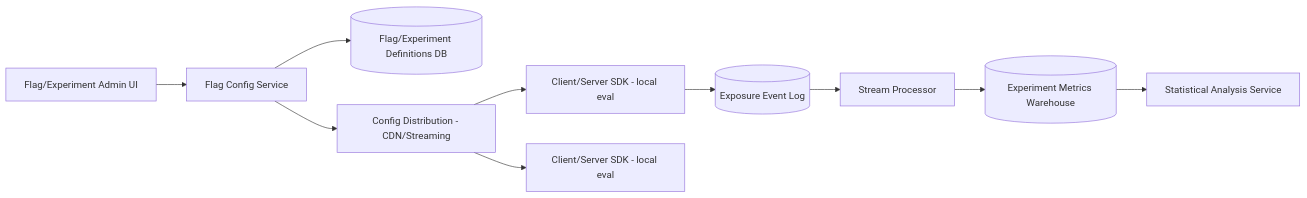
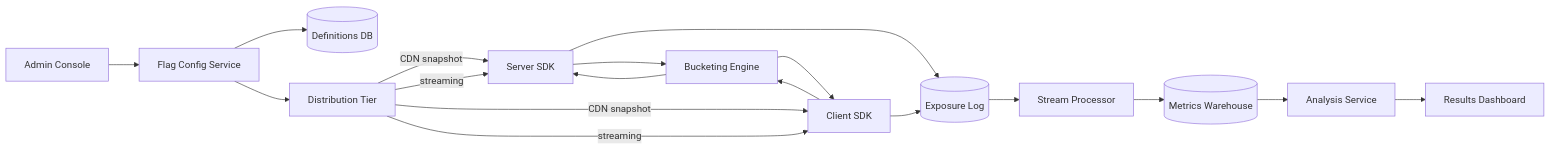
One commit to abhishekghoshh/system-design-helper changed the first of 20 diagrams in docs/system-design/high-level/designing/advanced/feature-flag-experimentation-platform.md. Above: the diagram before and after it, drawn with Mermaid. The commit also changed other lines of this file and 107 other files, not shown here.

````diff
--- a/docs/system-design/high-level/designing/advanced/feature-flag-experimentation-platform.md
+++ b/docs/system-design/high-level/designing/advanced/feature-flag-experimentation-platform.md
@@ -68,12 +70,20 @@
 ```mermaid
 flowchart LR
-    Admin[Flag/Experiment Admin UI] --> ConfigService[Flag Config Service]
-    ConfigService --> ConfigStore[(Flag/Experiment Definitions DB)]
-    ConfigService --> Distribution[Config Distribution - CDN/Streaming]
-    Distribution --> SDK1[Client/Server SDK - local eval]
-    Distribution --> SDK2[Client/Server SDK - local eval]
-    SDK1 --> ExposureLog[(Exposure Event Log)]
-    ExposureLog --> StreamProcessor[Stream Processor]
-    StreamProcessor --> MetricsWarehouse[(Experiment Metrics Warehouse)]
-    MetricsWarehouse --> AnalysisService[Statistical Analysis Service]
+    Admin[Admin Console] --> CFG[Flag Config Service]
+    CFG --> CDB[(Definitions DB)]
+    CFG --> DIST[Distribution Tier]
+    DIST -->|CDN snapshot| SDK1[Server SDK]
+    DIST -->|streaming| SDK1
+    DIST -->|CDN snapshot| SDK2[Client SDK]
+    DIST -->|streaming| SDK2
+    SDK1 --> EXP[(Exposure Log)]
+    SDK2 --> EXP
+    EXP --> SP[Stream Processor]
+    SP --> MW[(Metrics Warehouse)]
+    MW --> AS[Analysis Service]
+    AS --> DASH[Results Dashboard]
+    SDK1 --> BUCK[Bucketing Engine]
+    SDK2 --> BUCK
+    BUCK --> SDK1
+    BUCK --> SDK2
 ```
````
